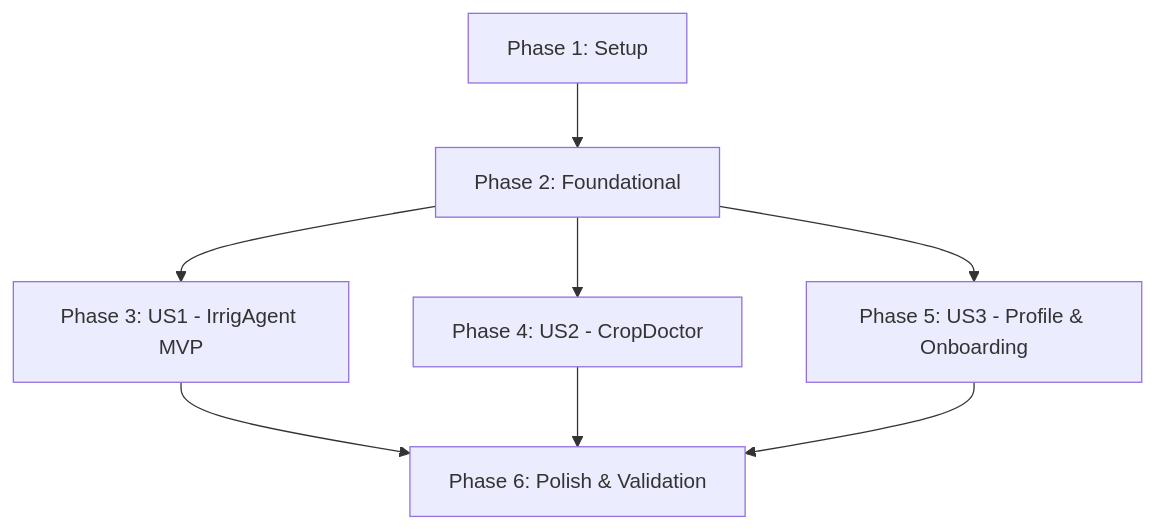
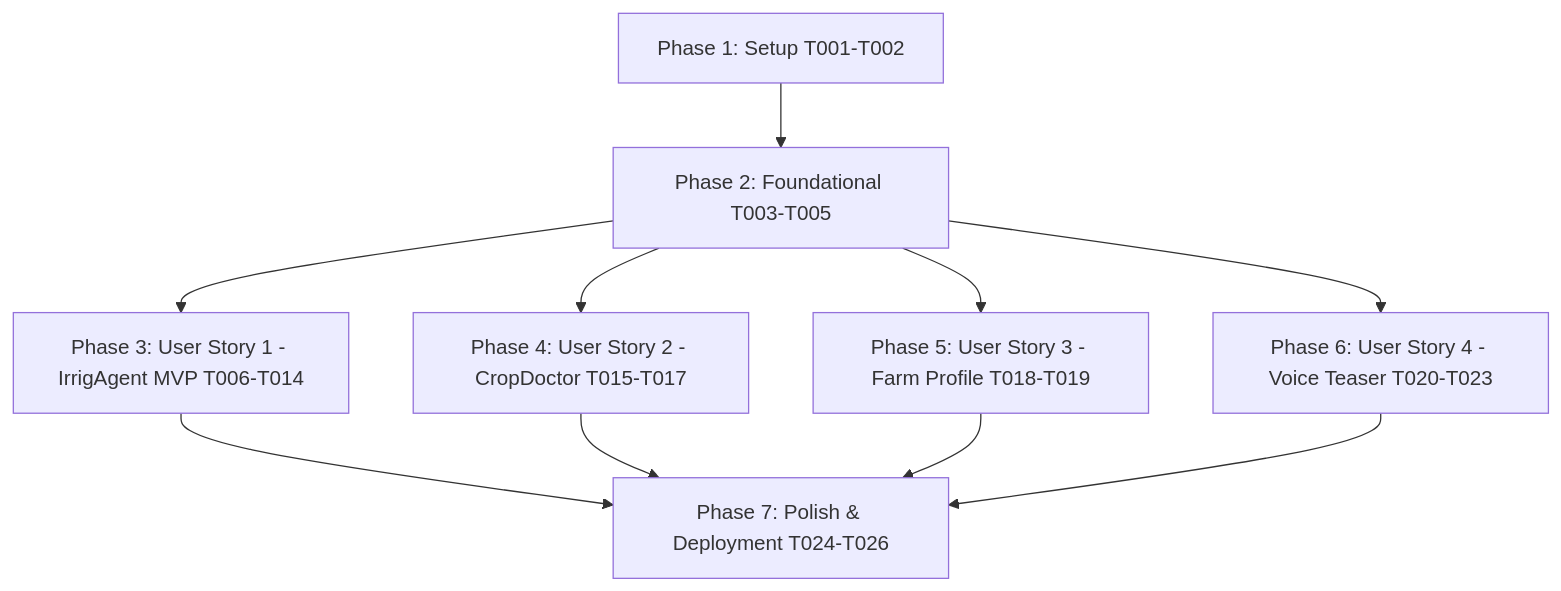
One commit to aroucadi/IrrigAgent changed the diagram in specs/001-hassan-irrigation-agent/tasks.md. Above: the diagram before and after it, drawn with Mermaid. The commit also changed other lines of this file and 38 other files, not shown here.

````diff
--- a/specs/001-hassan-irrigation-agent/tasks.md
+++ b/specs/001-hassan-irrigation-agent/tasks.md
@@ -92,10 +133,12 @@
 ```mermaid
 graph TD
-    Phase1[Phase 1: Setup] --> Phase2[Phase 2: Foundational]
-    Phase2 --> US1[Phase 3: US1 - IrrigAgent MVP]
-    Phase2 --> US2[Phase 4: US2 - CropDoctor]
-    Phase2 --> US3[Phase 5: US3 - Profile & Onboarding]
-    US1 --> Polish[Phase 6: Polish & Validation]
+    Phase1[Phase 1: Setup T001-T002] --> Phase2[Phase 2: Foundational T003-T005]
+    Phase2 --> US1[Phase 3: User Story 1 - IrrigAgent MVP T006-T014]
+    Phase2 --> US2[Phase 4: User Story 2 - CropDoctor T015-T017]
+    Phase2 --> US3[Phase 5: User Story 3 - Farm Profile T018-T019]
+    Phase2 --> US4[Phase 6: User Story 4 - Voice Teaser T020-T023]
+    US1 --> Polish[Phase 7: Polish & Deployment T024-T026]
     US2 --> Polish
     US3 --> Polish
+    US4 --> Polish
 ```
````
